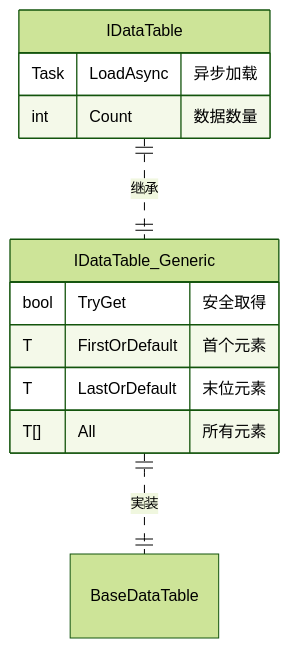
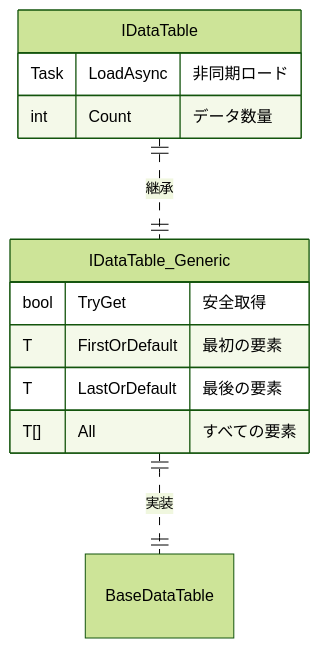
One commit to AlianBlank/GameFrameX.Docs changed the second of 2 diagrams in docs/ja/client/unity/component/config/07.idata-table.md. Above: the diagram before and after it, drawn with Mermaid (forest theme). The commit also changed other lines of this file and 320 other files, not shown here.

````diff
--- a/docs/ja/client/unity/component/config/07.idata-table.md
+++ b/docs/ja/client/unity/component/config/07.idata-table.md
@@ -96,17 +96,17 @@
 ```mermaid
 erDiagram
-    IDataTable ||..|| IDataTable_Generic : "继承"
+    IDataTable ||..|| IDataTable_Generic : "継承"
     IDataTable_Generic ||..|| BaseDataTable : "実装"
     
     IDataTable {
-        Task LoadAsync "异步加载"
-        int Count "数据数量"
+        Task LoadAsync "非同期ロード"
+        int Count "データ数量"
     }
     
     IDataTable_Generic {
         bool TryGet "安全取得"
-        T FirstOrDefault "首个元素"
-        T LastOrDefault "末位元素"
-        T[] All "所有元素"
+        T FirstOrDefault "最初の要素"
+        T LastOrDefault "最後の要素"
+        T[] All "すべての要素"
     }
 ```
````
